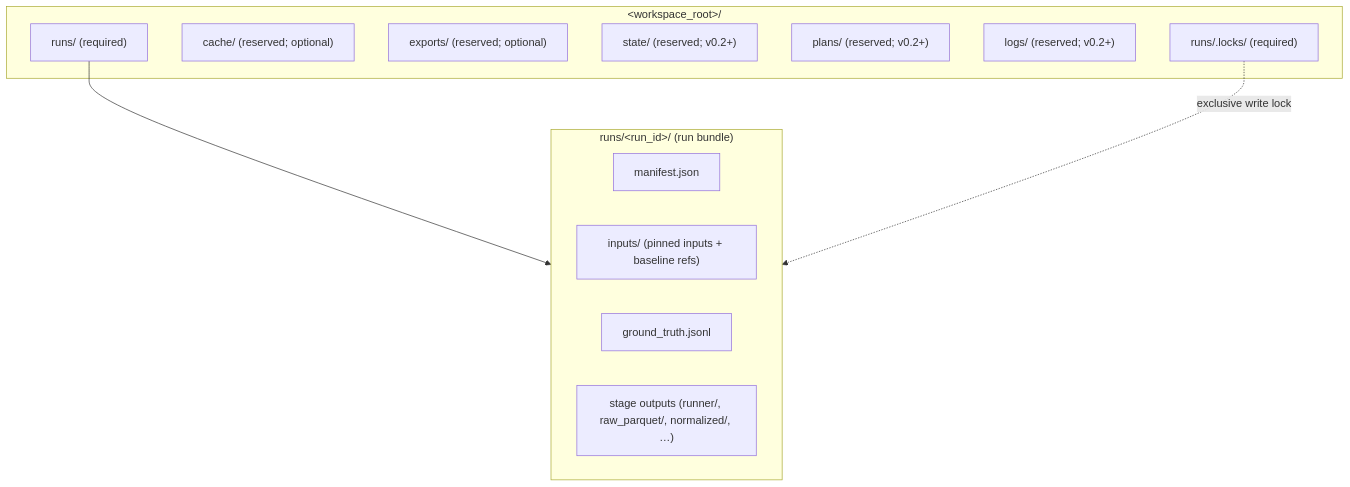
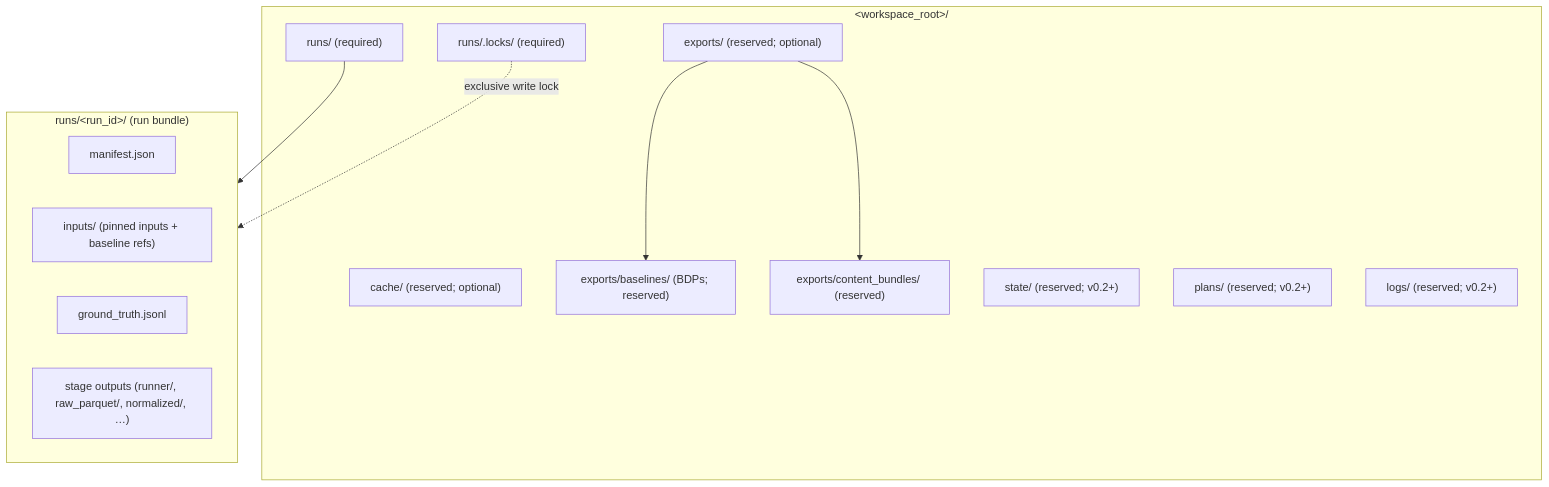
Before and after one commit to JochiRaider/purple-axiom: the first of 4 diagrams in README.md, drawn with Mermaid. The commit also changed other lines of this file and 9 other files, not shown here.

````diff
--- a/README.md
+++ b/README.md
@@ -148,22 +161,26 @@
 ```mermaid
 flowchart TB
   subgraph W["#lt;workspace_root#gt;/"]
     runs["runs/ (required)"]
     cache["cache/ (reserved; optional)"]
     exports["exports/ (reserved; optional)"]
+    baselines["exports/baselines/ (BDPs; reserved)"]
+    content_bundles["exports/content_bundles/ (reserved)"]
     state["state/ (reserved; v0.2+)"]
     plans["plans/ (reserved; v0.2+)"]
     wlogs["logs/ (reserved; v0.2+)"]
     locks["runs/.locks/ (required)"]
   end
 
   subgraph R["runs/#lt;run_id#gt;/ (run bundle)"]
     manifest["manifest.json"]
     inputs["inputs/ (pinned inputs + baseline refs)"]
     gt["ground_truth.jsonl"]
     dirs["stage outputs (runner/, raw_parquet/, normalized/, …)"]
   end
 
   runs --> R
+  exports --> baselines
+  exports --> content_bundles
   locks -. exclusive write lock .-> R
 ```
````
